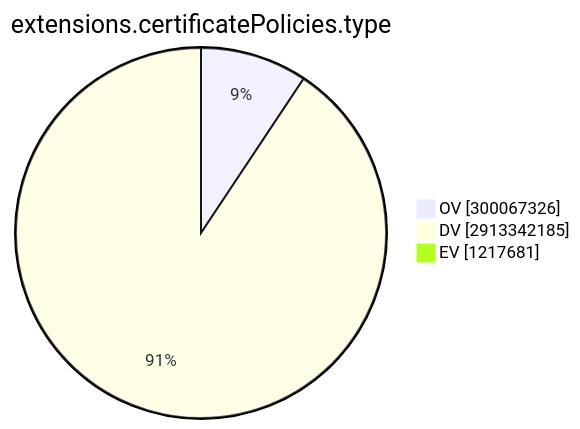
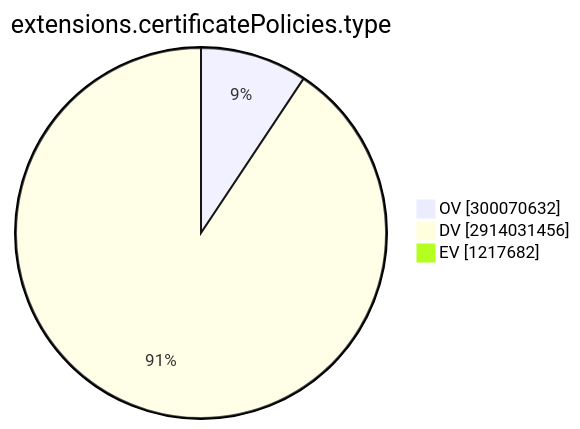
One commit to christiankrug/ctmonitor_visualization changed the ninth of 15 diagrams in TOTAL/README.md. Above: the diagram before and after it, drawn with Mermaid. The commit also changed other lines of this file, not shown here.

````diff
--- a/TOTAL/README.md
+++ b/TOTAL/README.md
@@ -3101,7 +3101,7 @@
 ```mermaid
 pie showData
 title extensions.certificatePolicies.type
-"OV" :300067326
-"DV" :2913342185
-"EV" :1217681
+"OV" :300070632
+"DV" :2914031456
+"EV" :1217682
 ```
````
